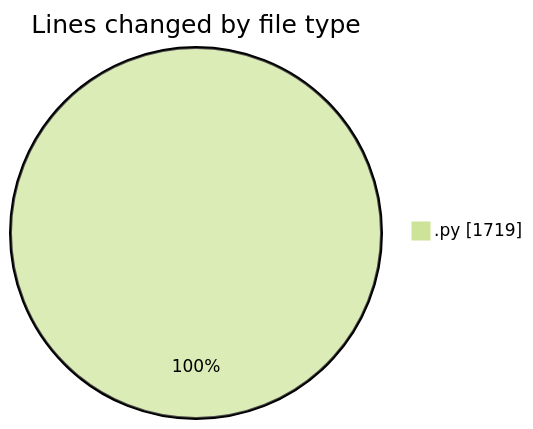
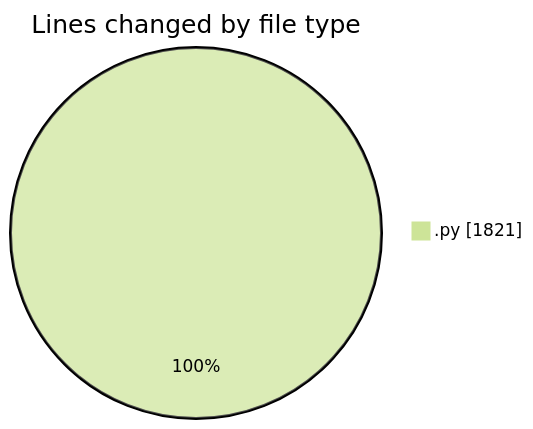
The first of 2 diagrams in 2025-05-08/myws__workspace_/README.md (MatusMokan/code-tracking), drawn with Mermaid (forest theme) before and after one commit. The commit also changed other lines of this file and 1 other file, not shown here.

````diff
--- a/2025-05-08/myws__workspace_/README.md
+++ b/2025-05-08/myws__workspace_/README.md
@@ -22,5 +22,5 @@
 ```mermaid
 pie showData
 title Lines changed by file type
-".py" : 1719
+".py" : 1821
 ```
````
